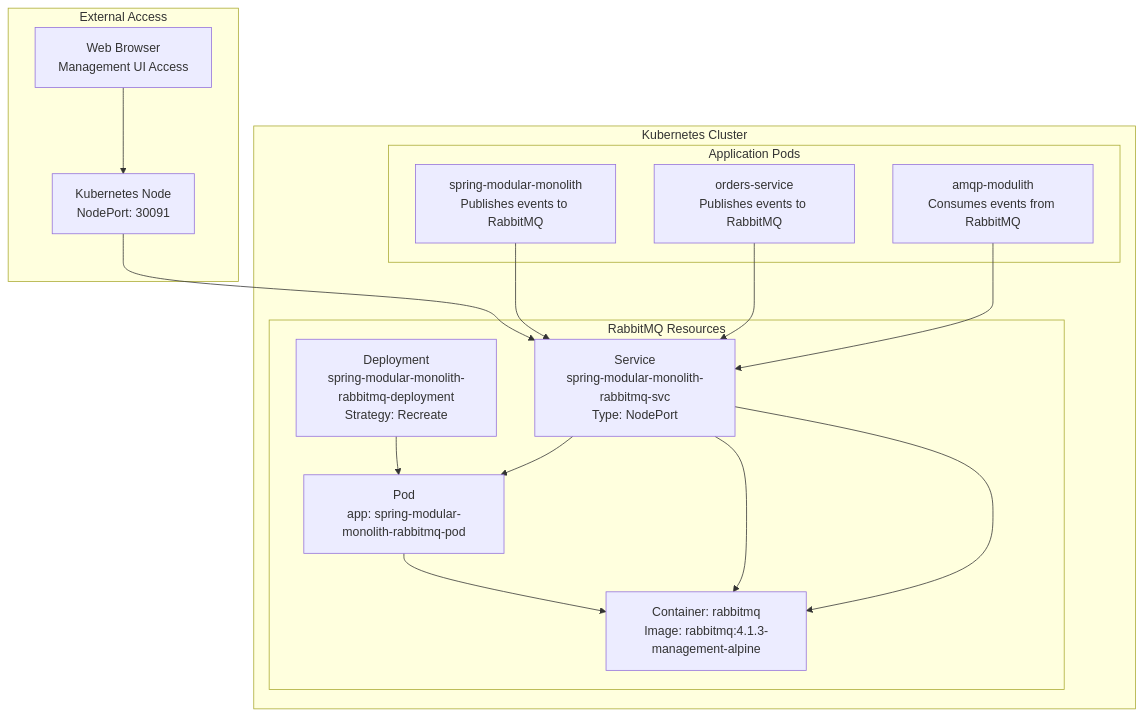
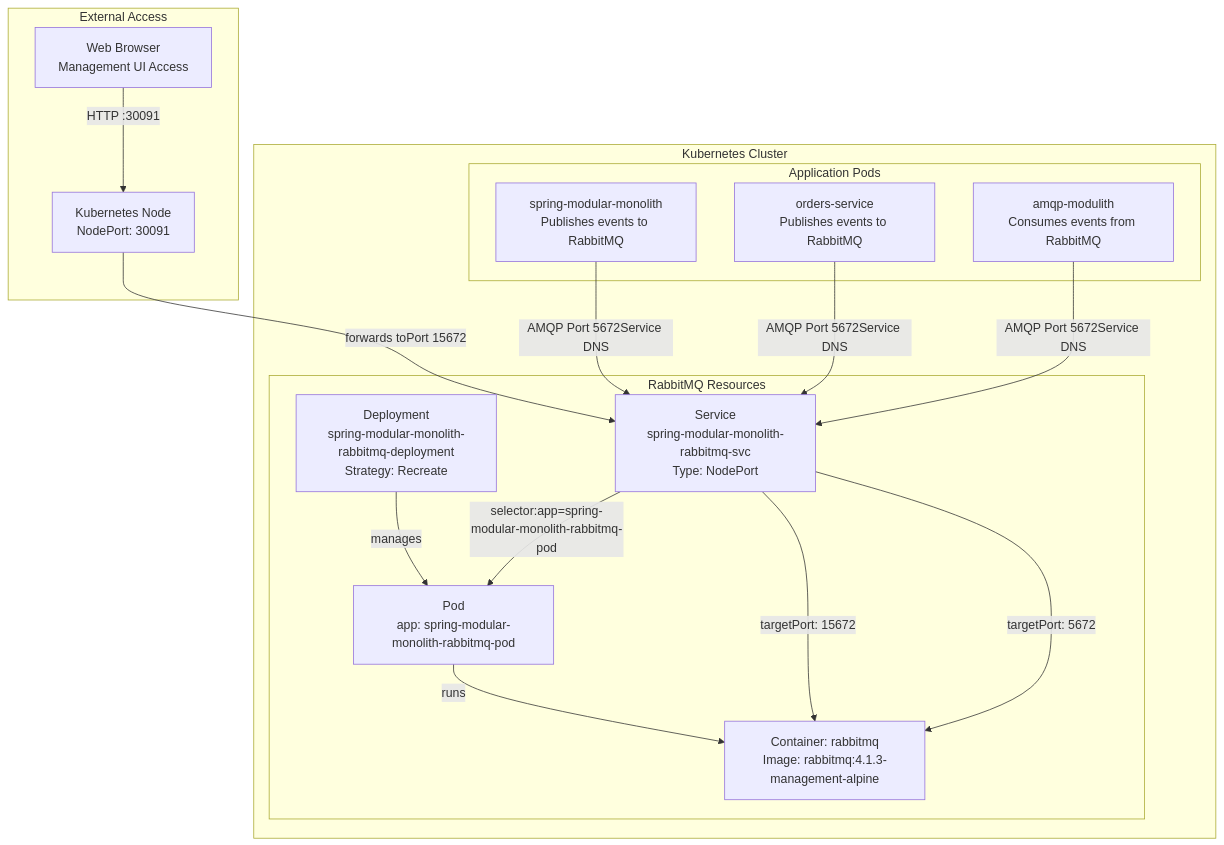
The first of 4 diagrams in docs/deepwiki/RabbitMQ-Kubernetes-Deployment.md (philipz/spring-modular-monolith), drawn with Mermaid before and after one commit. The commit also changed other lines of this file and 55 other files, not shown here.

````diff
--- a/docs/deepwiki/RabbitMQ-Kubernetes-Deployment.md
+++ b/docs/deepwiki/RabbitMQ-Kubernetes-Deployment.md
@@ -27,45 +27,45 @@
 ```mermaid
 flowchart TD
 
 Service["Service<br>spring-modular-monolith-rabbitmq-svc<br>Type: NodePort"]
 Deployment["Deployment<br>spring-modular-monolith-rabbitmq-deployment<br>Strategy: Recreate"]
 Pod["Pod<br>app: spring-modular-monolith-rabbitmq-pod"]
 Container["Container: rabbitmq<br>Image: rabbitmq:4.1.3-management-alpine"]
 Monolith["spring-modular-monolith<br>Publishes events to RabbitMQ"]
 OrdersSvc["orders-service<br>Publishes events to RabbitMQ"]
 AMQPMod["amqp-modulith<br>Consumes events from RabbitMQ"]
 Browser["Web Browser<br>Management UI Access"]
 K8sNode["Kubernetes Node<br>NodePort: 30091"]
 
-K8sNode --> Service
+K8sNode -->|"forwards toPort 15672"| Service
 
 subgraph subGraph3 ["External Access"]
     Browser
     K8sNode
-    Browser --> K8sNode
+    Browser -->|"HTTP :30091"| K8sNode
 end
 
 subgraph subGraph2 ["Kubernetes Cluster"]
-    Monolith --> Service
-    OrdersSvc --> Service
-    AMQPMod --> Service
+    Monolith -->|"AMQP Port 5672Service DNS"| Service
+    OrdersSvc -->|"AMQP Port 5672Service DNS"| Service
+    AMQPMod -->|"AMQP Port 5672Service DNS"| Service
 
 subgraph subGraph1 ["Application Pods"]
     Monolith
     OrdersSvc
     AMQPMod
 end
 
 subgraph subGraph0 ["RabbitMQ Resources"]
     Service
     Deployment
     Pod
     Container
-    Deployment --> Pod
-    Pod --> Container
-    Service --> Pod
-    Service --> Container
-    Service --> Container
+    Deployment -->|"manages"| Pod
+    Pod -->|"runs"| Container
+    Service -->|"selector:app=spring-modular-monolith-rabbitmq-pod"| Pod
+    Service -->|"targetPort: 15672"| Container
+    Service -->|"targetPort: 5672"| Container
 end
 end
 ```
````
